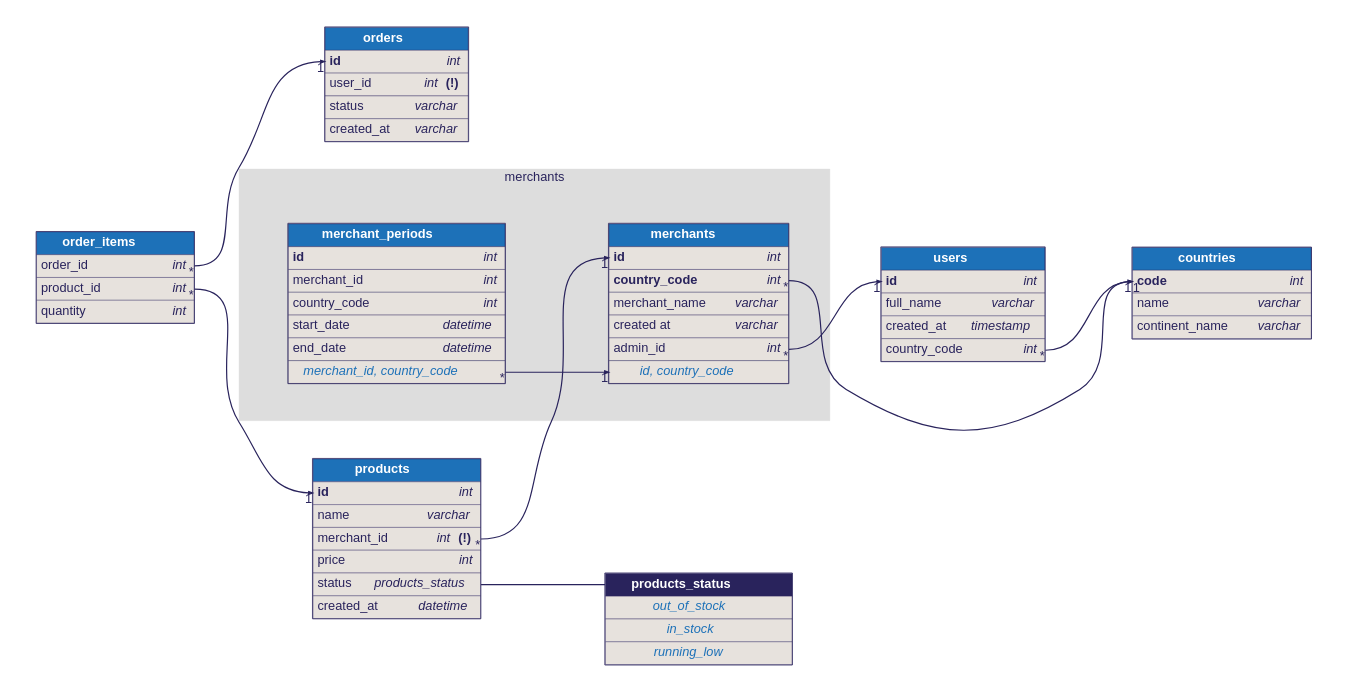
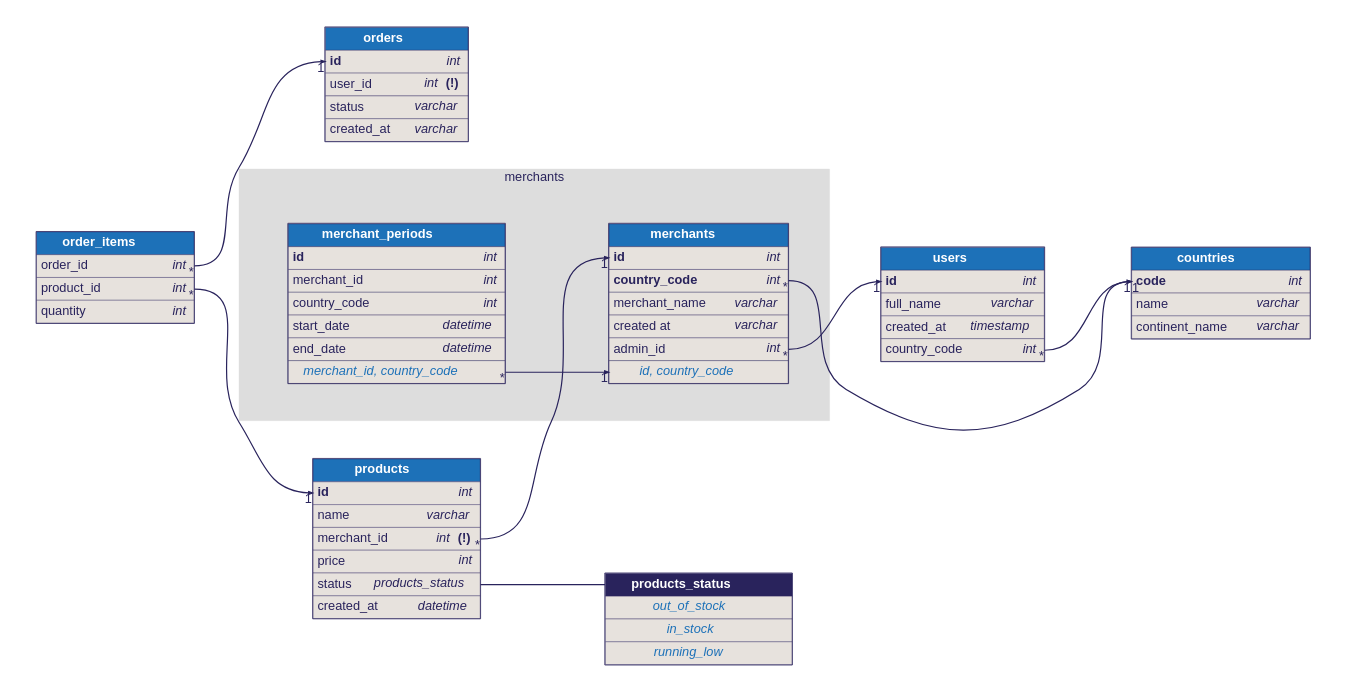
Before and after one commit to softwaretechnik-berlin/dbml-renderer: the diagram in examples/merchants.dbml.dot, drawn with Graphviz. The commit also changed 32 other files, not shown here.

```diff
--- a/examples/merchants.dbml.dot
+++ b/examples/merchants.dbml.dot
@@ -5,276 +5,276 @@
       edge [fontname="helvetica", fontsize=32, fontcolor="#29235c", color="#29235c"];
 
       "products_status" [id=products_status;label=<<TABLE BORDER="2" COLOR="#29235c" CELLBORDER="1" CELLSPACING="0" CELLPADDING="10">
-    <TR><TD PORT="f0" BGCOLOR="#29235c"><font color="#ffffff"><B>       products_status       </B></font></TD></TR>
-    <TR><TD PORT="f0" BGCOLOR="#e7e2dd"><font color="#1d71b8"><i>    out_of_stock    </i></font></TD></TR>
-<TR><TD PORT="f1" BGCOLOR="#e7e2dd"><font color="#1d71b8"><i>    in_stock    </i></font></TD></TR>
-<TR><TD PORT="f2" BGCOLOR="#e7e2dd"><font color="#1d71b8"><i>    running_low    </i></font></TD></TR>
+    <TR><TD PORT="f0" BGCOLOR="#29235c"><FONT COLOR="#ffffff"><B>       products_status       </B></FONT></TD></TR>
+    <TR><TD PORT="f0" BGCOLOR="#e7e2dd"><FONT COLOR="#1d71b8"><I>    out_of_stock    </I></FONT></TD></TR>
+<TR><TD PORT="f1" BGCOLOR="#e7e2dd"><FONT COLOR="#1d71b8"><I>    in_stock    </I></FONT></TD></TR>
+<TR><TD PORT="f2" BGCOLOR="#e7e2dd"><FONT COLOR="#1d71b8"><I>    running_low    </I></FONT></TD></TR>
     </TABLE>>];
       subgraph cluster_merchants {
-      label = "merchants"
+      label="merchants"
       style=filled;
       color="#dddddd";
 
-      "merchants" [id="merchants";label=<<TABLE BORDER="2" COLOR="#29235c" CELLBORDER="1" CELLSPACING="0" CELLPADDING="10" >
-      <TR><TD PORT="f0" BGCOLOR="#1d71b8"><font color="#ffffff"><B>       merchants       </B></font></TD></TR>
-<TR><TD ALIGN="left" PORT="f1" BGCOLOR="#e7e2dd">
+      "merchants" [id="merchants";label=<<TABLE BORDER="2" COLOR="#29235c" CELLBORDER="1" CELLSPACING="0" CELLPADDING="10">
+      <TR><TD PORT="f0" BGCOLOR="#1d71b8"><FONT COLOR="#ffffff"><B>       merchants       </B></FONT></TD></TR>
+<TR><TD ALIGN="LEFT" PORT="f1" BGCOLOR="#e7e2dd">
       <TABLE CELLPADDING="0" CELLSPACING="0" BORDER="0">
         <TR>
-          <TD ALIGN="LEFT"><b>id</b><FONT>    </FONT></TD>
-          <TD ALIGN="RIGHT"><font><i>int</i></font></TD>
+          <TD ALIGN="LEFT"><B>id</B>    </TD>
+          <TD ALIGN="RIGHT"><FONT><I>int</I></FONT></TD>
         </TR>
       </TABLE>
     </TD></TR>
-<TR><TD ALIGN="left" PORT="f2" BGCOLOR="#e7e2dd">
+<TR><TD ALIGN="LEFT" PORT="f2" BGCOLOR="#e7e2dd">
       <TABLE CELLPADDING="0" CELLSPACING="0" BORDER="0">
         <TR>
-          <TD ALIGN="LEFT"><b>country_code</b><FONT>    </FONT></TD>
-          <TD ALIGN="RIGHT"><font><i>int</i></font></TD>
+          <TD ALIGN="LEFT"><B>country_code</B>    </TD>
+          <TD ALIGN="RIGHT"><FONT><I>int</I></FONT></TD>
         </TR>
       </TABLE>
     </TD></TR>
-<TR><TD ALIGN="left" PORT="f3" BGCOLOR="#e7e2dd">
+<TR><TD ALIGN="LEFT" PORT="f3" BGCOLOR="#e7e2dd">
       <TABLE CELLPADDING="0" CELLSPACING="0" BORDER="0">
         <TR>
-          <TD ALIGN="LEFT">merchant_name<FONT>    </FONT></TD>
-          <TD ALIGN="RIGHT"><font><i>varchar</i></font></TD>
+          <TD ALIGN="LEFT">merchant_name    </TD>
+          <TD ALIGN="RIGHT"><FONT><I>varchar</I></FONT></TD>
         </TR>
       </TABLE>
     </TD></TR>
-<TR><TD ALIGN="left" PORT="f4" BGCOLOR="#e7e2dd">
+<TR><TD ALIGN="LEFT" PORT="f4" BGCOLOR="#e7e2dd">
       <TABLE CELLPADDING="0" CELLSPACING="0" BORDER="0">
         <TR>
-          <TD ALIGN="LEFT">created at<FONT>    </FONT></TD>
-          <TD ALIGN="RIGHT"><font><i>varchar</i></font></TD>
+          <TD ALIGN="LEFT">created at    </TD>
+          <TD ALIGN="RIGHT"><FONT><I>varchar</I></FONT></TD>
         </TR>
       </TABLE>
     </TD></TR>
-<TR><TD ALIGN="left" PORT="f5" BGCOLOR="#e7e2dd">
+<TR><TD ALIGN="LEFT" PORT="f5" BGCOLOR="#e7e2dd">
       <TABLE CELLPADDING="0" CELLSPACING="0" BORDER="0">
         <TR>
-          <TD ALIGN="LEFT">admin_id<FONT>    </FONT></TD>
-          <TD ALIGN="RIGHT"><font><i>int</i></font></TD>
+          <TD ALIGN="LEFT">admin_id    </TD>
+          <TD ALIGN="RIGHT"><FONT><I>int</I></FONT></TD>
         </TR>
       </TABLE>
     </TD></TR>
-<TR><TD PORT="f6" BGCOLOR="#e7e2dd"><font color="#1d71b8"><i>    id, country_code    </i></font></TD></TR>
+<TR><TD PORT="f6" BGCOLOR="#e7e2dd"><FONT COLOR="#1d71b8"><I>    id, country_code    </I></FONT></TD></TR>
     </TABLE>>];
-"merchant_periods" [id="merchant_periods";label=<<TABLE BORDER="2" COLOR="#29235c" CELLBORDER="1" CELLSPACING="0" CELLPADDING="10" >
-      <TR><TD PORT="f0" BGCOLOR="#1d71b8"><font color="#ffffff"><B>       merchant_periods       </B></font></TD></TR>
-<TR><TD ALIGN="left" PORT="f1" BGCOLOR="#e7e2dd">
+"merchant_periods" [id="merchant_periods";label=<<TABLE BORDER="2" COLOR="#29235c" CELLBORDER="1" CELLSPACING="0" CELLPADDING="10">
+      <TR><TD PORT="f0" BGCOLOR="#1d71b8"><FONT COLOR="#ffffff"><B>       merchant_periods       </B></FONT></TD></TR>
+<TR><TD ALIGN="LEFT" PORT="f1" BGCOLOR="#e7e2dd">
       <TABLE CELLPADDING="0" CELLSPACING="0" BORDER="0">
         <TR>
-          <TD ALIGN="LEFT"><b>id</b><FONT>    </FONT></TD>
-          <TD ALIGN="RIGHT"><font><i>int</i></font></TD>
+          <TD ALIGN="LEFT"><B>id</B>    </TD>
+          <TD ALIGN="RIGHT"><FONT><I>int</I></FONT></TD>
         </TR>
       </TABLE>
     </TD></TR>
-<TR><TD ALIGN="left" PORT="f2" BGCOLOR="#e7e2dd">
+<TR><TD ALIGN="LEFT" PORT="f2" BGCOLOR="#e7e2dd">
       <TABLE CELLPADDING="0" CELLSPACING="0" BORDER="0">
         <TR>
-          <TD ALIGN="LEFT">merchant_id<FONT>    </FONT></TD>
-          <TD ALIGN="RIGHT"><font><i>int</i></font></TD>
+          <TD ALIGN="LEFT">merchant_id    </TD>
+          <TD ALIGN="RIGHT"><FONT><I>int</I></FONT></TD>
         </TR>
       </TABLE>
     </TD></TR>
-<TR><TD ALIGN="left" PORT="f3" BGCOLOR="#e7e2dd">
+<TR><TD ALIGN="LEFT" PORT="f3" BGCOLOR="#e7e2dd">
       <TABLE CELLPADDING="0" CELLSPACING="0" BORDER="0">
         <TR>
-          <TD ALIGN="LEFT">country_code<FONT>    </FONT></TD>
-          <TD ALIGN="RIGHT"><font><i>int</i></font></TD>
+          <TD ALIGN="LEFT">country_code    </TD>
+          <TD ALIGN="RIGHT"><FONT><I>int</I></FONT></TD>
         </TR>
       </TABLE>
     </TD></TR>
-<TR><TD ALIGN="left" PORT="f4" BGCOLOR="#e7e2dd">
+<TR><TD ALIGN="LEFT" PORT="f4" BGCOLOR="#e7e2dd">
       <TABLE CELLPADDING="0" CELLSPACING="0" BORDER="0">
         <TR>
-          <TD ALIGN="LEFT">start_date<FONT>    </FONT></TD>
-          <TD ALIGN="RIGHT"><font><i>datetime</i></font></TD>
+          <TD ALIGN="LEFT">start_date    </TD>
+          <TD ALIGN="RIGHT"><FONT><I>datetime</I></FONT></TD>
         </TR>
       </TABLE>
     </TD></TR>
-<TR><TD ALIGN="left" PORT="f5" BGCOLOR="#e7e2dd">
+<TR><TD ALIGN="LEFT" PORT="f5" BGCOLOR="#e7e2dd">
       <TABLE CELLPADDING="0" CELLSPACING="0" BORDER="0">
         <TR>
-          <TD ALIGN="LEFT">end_date<FONT>    </FONT></TD>
-          <TD ALIGN="RIGHT"><font><i>datetime</i></font></TD>
+          <TD ALIGN="LEFT">end_date    </TD>
+          <TD ALIGN="RIGHT"><FONT><I>datetime</I></FONT></TD>
         </TR>
       </TABLE>
     </TD></TR>
-<TR><TD PORT="f6" BGCOLOR="#e7e2dd"><font color="#1d71b8"><i>    merchant_id, country_code    </i></font></TD></TR>
+<TR><TD PORT="f6" BGCOLOR="#e7e2dd"><FONT COLOR="#1d71b8"><I>    merchant_id, country_code    </I></FONT></TD></TR>
     </TABLE>>];
     }
-      "users" [id="users";label=<<TABLE BORDER="2" COLOR="#29235c" CELLBORDER="1" CELLSPACING="0" CELLPADDING="10" >
-      <TR><TD PORT="f0" BGCOLOR="#1d71b8"><font color="#ffffff"><B>       users       </B></font></TD></TR>
-<TR><TD ALIGN="left" PORT="f1" BGCOLOR="#e7e2dd">
+      "users" [id="users";label=<<TABLE BORDER="2" COLOR="#29235c" CELLBORDER="1" CELLSPACING="0" CELLPADDING="10">
+      <TR><TD PORT="f0" BGCOLOR="#1d71b8"><FONT COLOR="#ffffff"><B>       users       </B></FONT></TD></TR>
+<TR><TD ALIGN="LEFT" PORT="f1" BGCOLOR="#e7e2dd">
       <TABLE CELLPADDING="0" CELLSPACING="0" BORDER="0">
         <TR>
-          <TD ALIGN="LEFT"><b>id</b><FONT>    </FONT></TD>
-          <TD ALIGN="RIGHT"><font><i>int</i></font></TD>
+          <TD ALIGN="LEFT"><B>id</B>    </TD>
+          <TD ALIGN="RIGHT"><FONT><I>int</I></FONT></TD>
         </TR>
       </TABLE>
     </TD></TR>
-<TR><TD ALIGN="left" PORT="f2" BGCOLOR="#e7e2dd">
+<TR><TD ALIGN="LEFT" PORT="f2" BGCOLOR="#e7e2dd">
       <TABLE CELLPADDING="0" CELLSPACING="0" BORDER="0">
         <TR>
-          <TD ALIGN="LEFT">full_name<FONT>    </FONT></TD>
-          <TD ALIGN="RIGHT"><font><i>varchar</i></font></TD>
+          <TD ALIGN="LEFT">full_name    </TD>
+          <TD ALIGN="RIGHT"><FONT><I>varchar</I></FONT></TD>
         </TR>
       </TABLE>
     </TD></TR>
-<TR><TD ALIGN="left" PORT="f3" BGCOLOR="#e7e2dd">
+<TR><TD ALIGN="LEFT" PORT="f3" BGCOLOR="#e7e2dd">
       <TABLE CELLPADDING="0" CELLSPACING="0" BORDER="0">
         <TR>
-          <TD ALIGN="LEFT">created_at<FONT>    </FONT></TD>
-          <TD ALIGN="RIGHT"><font><i>timestamp</i></font></TD>
+          <TD ALIGN="LEFT">created_at    </TD>
+          <TD ALIGN="RIGHT"><FONT><I>timestamp</I></FONT></TD>
         </TR>
       </TABLE>
     </TD></TR>
-<TR><TD ALIGN="left" PORT="f4" BGCOLOR="#e7e2dd">
+<TR><TD ALIGN="LEFT" PORT="f4" BGCOLOR="#e7e2dd">
       <TABLE CELLPADDING="0" CELLSPACING="0" BORDER="0">
         <TR>
-          <TD ALIGN="LEFT">country_code<FONT>    </FONT></TD>
-          <TD ALIGN="RIGHT"><font><i>int</i></font></TD>
+          <TD ALIGN="LEFT">country_code    </TD>
+          <TD ALIGN="RIGHT"><FONT><I>int</I></FONT></TD>
         </TR>
       </TABLE>
     </TD></TR>
     </TABLE>>];
-"countries" [id="countries";label=<<TABLE BORDER="2" COLOR="#29235c" CELLBORDER="1" CELLSPACING="0" CELLPADDING="10" >
-      <TR><TD PORT="f0" BGCOLOR="#1d71b8"><font color="#ffffff"><B>       countries       </B></font></TD></TR>
-<TR><TD ALIGN="left" PORT="f1" BGCOLOR="#e7e2dd">
+"countries" [id="countries";label=<<TABLE BORDER="2" COLOR="#29235c" CELLBORDER="1" CELLSPACING="0" CELLPADDING="10">
+      <TR><TD PORT="f0" BGCOLOR="#1d71b8"><FONT COLOR="#ffffff"><B>       countries       </B></FONT></TD></TR>
+<TR><TD ALIGN="LEFT" PORT="f1" BGCOLOR="#e7e2dd">
       <TABLE CELLPADDING="0" CELLSPACING="0" BORDER="0">
         <TR>
-          <TD ALIGN="LEFT"><b>code</b><FONT>    </FONT></TD>
-          <TD ALIGN="RIGHT"><font><i>int</i></font></TD>
+          <TD ALIGN="LEFT"><B>code</B>    </TD>
+          <TD ALIGN="RIGHT"><FONT><I>int</I></FONT></TD>
         </TR>
       </TABLE>
     </TD></TR>
-<TR><TD ALIGN="left" PORT="f2" BGCOLOR="#e7e2dd">
+<TR><TD ALIGN="LEFT" PORT="f2" BGCOLOR="#e7e2dd">
       <TABLE CELLPADDING="0" CELLSPACING="0" BORDER="0">
         <TR>
-          <TD ALIGN="LEFT">name<FONT>    </FONT></TD>
-          <TD ALIGN="RIGHT"><font><i>varchar</i></font></TD>
+          <TD ALIGN="LEFT">name    </TD>
+          <TD ALIGN="RIGHT"><FONT><I>varchar</I></FONT></TD>
         </TR>
       </TABLE>
     </TD></TR>
-<TR><TD ALIGN="left" PORT="f3" BGCOLOR="#e7e2dd">
+<TR><TD ALIGN="LEFT" PORT="f3" BGCOLOR="#e7e2dd">
       <TABLE CELLPADDING="0" CELLSPACING="0" BORDER="0">
         <TR>
-          <TD ALIGN="LEFT">continent_name<FONT>    </FONT></TD>
-          <TD ALIGN="RIGHT"><font><i>varchar</i></font></TD>
+          <TD ALIGN="LEFT">continent_name    </TD>
+          <TD ALIGN="RIGHT"><FONT><I>varchar</I></FONT></TD>
         </TR>
       </TABLE>
     </TD></TR>
     </TABLE>>];
-"order_items" [id="order_items";label=<<TABLE BORDER="2" COLOR="#29235c" CELLBORDER="1" CELLSPACING="0" CELLPADDING="10" >
-      <TR><TD PORT="f0" BGCOLOR="#1d71b8"><font color="#ffffff"><B>       order_items       </B></font></TD></TR>
-<TR><TD ALIGN="left" PORT="f1" BGCOLOR="#e7e2dd">
+"order_items" [id="order_items";label=<<TABLE BORDER="2" COLOR="#29235c" CELLBORDER="1" CELLSPACING="0" CELLPADDING="10">
+      <TR><TD PORT="f0" BGCOLOR="#1d71b8"><FONT COLOR="#ffffff"><B>       order_items       </B></FONT></TD></TR>
+<TR><TD ALIGN="LEFT" PORT="f1" BGCOLOR="#e7e2dd">
       <TABLE CELLPADDING="0" CELLSPACING="0" BORDER="0">
         <TR>
-          <TD ALIGN="LEFT">order_id<FONT>    </FONT></TD>
-          <TD ALIGN="RIGHT"><font><i>int</i></font></TD>
+          <TD ALIGN="LEFT">order_id    </TD>
+          <TD ALIGN="RIGHT"><FONT><I>int</I></FONT></TD>
         </TR>
       </TABLE>
     </TD></TR>
-<TR><TD ALIGN="left" PORT="f2" BGCOLOR="#e7e2dd">
+<TR><TD ALIGN="LEFT" PORT="f2" BGCOLOR="#e7e2dd">
       <TABLE CELLPADDING="0" CELLSPACING="0" BORDER="0">
         <TR>
-          <TD ALIGN="LEFT">product_id<FONT>    </FONT></TD>
-          <TD ALIGN="RIGHT"><font><i>int</i></font></TD>
+          <TD ALIGN="LEFT">product_id    </TD>
+          <TD ALIGN="RIGHT"><FONT><I>int</I></FONT></TD>
         </TR>
       </TABLE>
     </TD></TR>
-<TR><TD ALIGN="left" PORT="f3" BGCOLOR="#e7e2dd">
+<TR><TD ALIGN="LEFT" PORT="f3" BGCOLOR="#e7e2dd">
       <TABLE CELLPADDING="0" CELLSPACING="0" BORDER="0">
         <TR>
-          <TD ALIGN="LEFT">quantity<FONT>    </FONT></TD>
-          <TD ALIGN="RIGHT"><font><i>int</i></font></TD>
+          <TD ALIGN="LEFT">quantity    </TD>
+          <TD ALIGN="RIGHT"><FONT><I>int</I></FONT></TD>
         </TR>
       </TABLE>
     </TD></TR>
     </TABLE>>];
-"orders" [id="orders";label=<<TABLE BORDER="2" COLOR="#29235c" CELLBORDER="1" CELLSPACING="0" CELLPADDING="10" >
-      <TR><TD PORT="f0" BGCOLOR="#1d71b8"><font color="#ffffff"><B>       orders       </B></font></TD></TR>
-<TR><TD ALIGN="left" PORT="f1" BGCOLOR="#e7e2dd">
+"orders" [id="orders";label=<<TABLE BORDER="2" COLOR="#29235c" CELLBORDER="1" CELLSPACING="0" CELLPADDING="10">
+      <TR><TD PORT="f0" BGCOLOR="#1d71b8"><FONT COLOR="#ffffff"><B>       orders       </B></FONT></TD></TR>
+<TR><TD ALIGN="LEFT" PORT="f1" BGCOLOR="#e7e2dd">
       <TABLE CELLPADDING="0" CELLSPACING="0" BORDER="0">
         <TR>
-          <TD ALIGN="LEFT"><b>id</b><FONT>    </FONT></TD>
-          <TD ALIGN="RIGHT"><font><i>int</i></font></TD>
+          <TD ALIGN="LEFT"><B>id</B>    </TD>
+          <TD ALIGN="RIGHT"><FONT><I>int</I></FONT></TD>
         </TR>
       </TABLE>
     </TD></TR>
-<TR><TD ALIGN="left" PORT="f2" BGCOLOR="#e7e2dd">
+<TR><TD ALIGN="LEFT" PORT="f2" BGCOLOR="#e7e2dd">
       <TABLE CELLPADDING="0" CELLSPACING="0" BORDER="0">
         <TR>
-          <TD ALIGN="LEFT">user_id<FONT>    </FONT></TD>
-          <TD ALIGN="RIGHT"><font><i>int</i> <b>(!)</b></font></TD>
+          <TD ALIGN="LEFT">user_id    </TD>
+          <TD ALIGN="RIGHT"><FONT><I>int</I> <B>(!)</B></FONT></TD>
         </TR>
       </TABLE>
     </TD></TR>
-<TR><TD ALIGN="left" PORT="f3" BGCOLOR="#e7e2dd">
+<TR><TD ALIGN="LEFT" PORT="f3" BGCOLOR="#e7e2dd">
       <TABLE CELLPADDING="0" CELLSPACING="0" BORDER="0">
         <TR>
-          <TD ALIGN="LEFT">status<FONT>    </FONT></TD>
-          <TD ALIGN="RIGHT"><font><i>varchar</i></font></TD>
+          <TD ALIGN="LEFT">status    </TD>
+          <TD ALIGN="RIGHT"><FONT><I>varchar</I></FONT></TD>
         </TR>
       </TABLE>
     </TD></TR>
-<TR><TD ALIGN="left" PORT="f4" BGCOLOR="#e7e2dd">
+<TR><TD ALIGN="LEFT" PORT="f4" BGCOLOR="#e7e2dd">
       <TABLE CELLPADDING="0" CELLSPACING="0" BORDER="0">
         <TR>
-          <TD ALIGN="LEFT">created_at<FONT>    </FONT></TD>
-          <TD ALIGN="RIGHT"><font><i>varchar</i></font></TD>
+          <TD ALIGN="LEFT">created_at    </TD>
+          <TD ALIGN="RIGHT"><FONT><I>varchar</I></FONT></TD>
         </TR>
       </TABLE>
     </TD></TR>
     </TABLE>>];
-"products" [id="products";label=<<TABLE BORDER="2" COLOR="#29235c" CELLBORDER="1" CELLSPACING="0" CELLPADDING="10" >
-      <TR><TD PORT="f0" BGCOLOR="#1d71b8"><font color="#ffffff"><B>       products       </B></font></TD></TR>
-<TR><TD ALIGN="left" PORT="f1" BGCOLOR="#e7e2dd">
+"products" [id="products";label=<<TABLE BORDER="2" COLOR="#29235c" CELLBORDER="1" CELLSPACING="0" CELLPADDING="10">
+      <TR><TD PORT="f0" BGCOLOR="#1d71b8"><FONT COLOR="#ffffff"><B>       products       </B></FONT></TD></TR>
+<TR><TD ALIGN="LEFT" PORT="f1" BGCOLOR="#e7e2dd">
       <TABLE CELLPADDING="0" CELLSPACING="0" BORDER="0">
         <TR>
-          <TD ALIGN="LEFT"><b>id</b><FONT>    </FONT></TD>
-          <TD ALIGN="RIGHT"><font><i>int</i></font></TD>
+          <TD ALIGN="LEFT"><B>id</B>    </TD>
+          <TD ALIGN="RIGHT"><FONT><I>int</I></FONT></TD>
         </TR>
       </TABLE>
     </TD></TR>
-<TR><TD ALIGN="left" PORT="f2" BGCOLOR="#e7e2dd">
+<TR><TD ALIGN="LEFT" PORT="f2" BGCOLOR="#e7e2dd">
       <TABLE CELLPADDING="0" CELLSPACING="0" BORDER="0">
         <TR>
-          <TD ALIGN="LEFT">name<FONT>    </FONT></TD>
-          <TD ALIGN="RIGHT"><font><i>varchar</i></font></TD>
+          <TD ALIGN="LEFT">name    </TD>
+          <TD ALIGN="RIGHT"><FONT><I>varchar</I></FONT></TD>
         </TR>
       </TABLE>
     </TD></TR>
-<TR><TD ALIGN="left" PORT="f3" BGCOLOR="#e7e2dd">
+<TR><TD ALIGN="LEFT" PORT="f3" BGCOLOR="#e7e2dd">
       <TABLE CELLPADDING="0" CELLSPACING="0" BORDER="0">
         <TR>
-          <TD ALIGN="LEFT">merchant_id<FONT>    </FONT></TD>
-          <TD ALIGN="RIGHT"><font><i>int</i> <b>(!)</b></font></TD>
+          <TD ALIGN="LEFT">merchant_id    </TD>
+          <TD ALIGN="RIGHT"><FONT><I>int</I> <B>(!)</B></FONT></TD>
         </TR>
       </TABLE>
     </TD></TR>
-<TR><TD ALIGN="left" PORT="f4" BGCOLOR="#e7e2dd">
+<TR><TD ALIGN="LEFT" PORT="f4" BGCOLOR="#e7e2dd">
       <TABLE CELLPADDING="0" CELLSPACING="0" BORDER="0">
         <TR>
-          <TD ALIGN="LEFT">price<FONT>    </FONT></TD>
-          <TD ALIGN="RIGHT"><font><i>int</i></font></TD>
+          <TD ALIGN="LEFT">price    </TD>
+          <TD ALIGN="RIGHT"><FONT><I>int</I></FONT></TD>
         </TR>
       </TABLE>
     </TD></TR>
-<TR><TD ALIGN="left" PORT="f5" BGCOLOR="#e7e2dd">
+<TR><TD ALIGN="LEFT" PORT="f5" BGCOLOR="#e7e2dd">
       <TABLE CELLPADDING="0" CELLSPACING="0" BORDER="0">
         <TR>
-          <TD ALIGN="LEFT">status<FONT>    </FONT></TD>
-          <TD ALIGN="RIGHT"><font><i>products_status</i></font></TD>
+          <TD ALIGN="LEFT">status    </TD>
+          <TD ALIGN="RIGHT"><FONT><I>products_status</I></FONT></TD>
         </TR>
       </TABLE>
     </TD></TR>
-<TR><TD ALIGN="left" PORT="f6" BGCOLOR="#e7e2dd">
+<TR><TD ALIGN="LEFT" PORT="f6" BGCOLOR="#e7e2dd">
       <TABLE CELLPADDING="0" CELLSPACING="0" BORDER="0">
         <TR>
-          <TD ALIGN="LEFT">created_at<FONT>    </FONT></TD>
-          <TD ALIGN="RIGHT"><font><i>datetime</i></font></TD>
+          <TD ALIGN="LEFT">created_at    </TD>
+          <TD ALIGN="RIGHT"><FONT><I>datetime</I></FONT></TD>
         </TR>
       </TABLE>
     </TD></TR>
```
